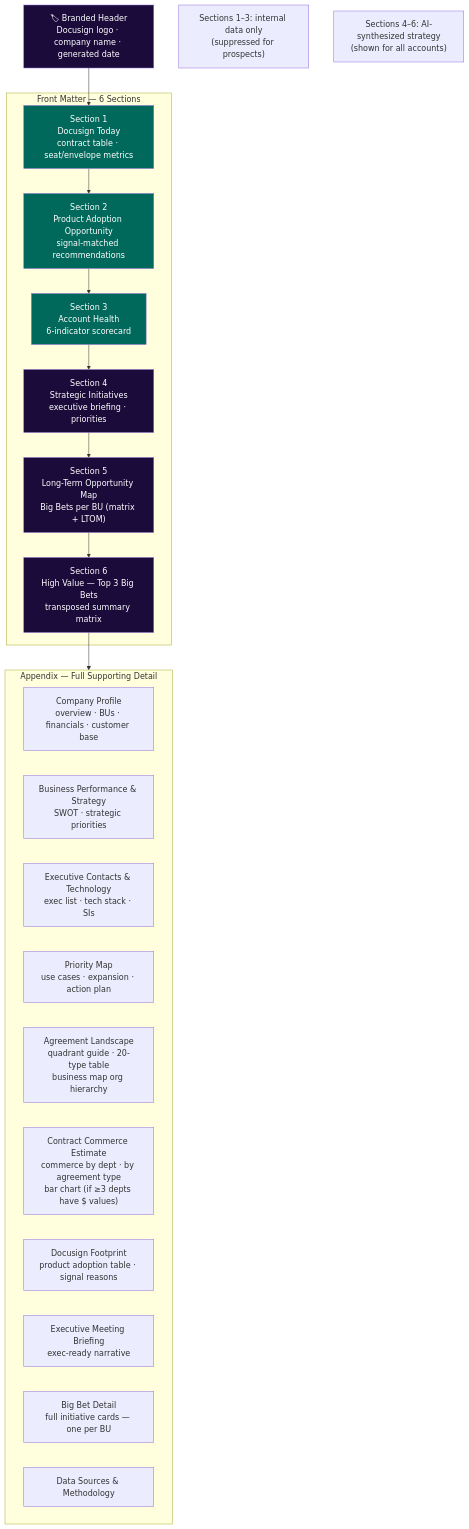
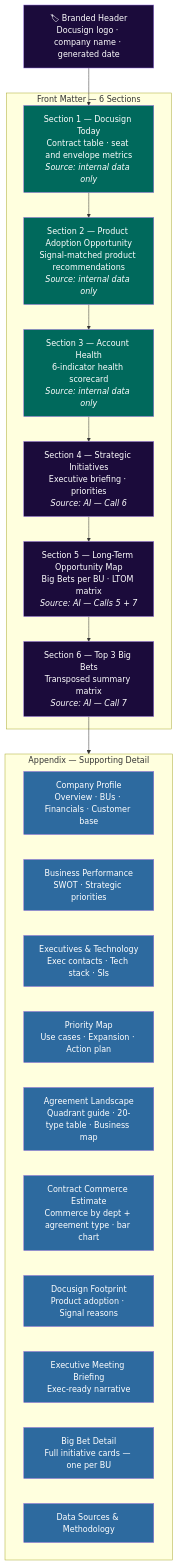
The fourth of 6 diagrams in README.md (prsolans/growth-strategy-2026), drawn with Mermaid before and after one commit. The commit also changed other lines of this file, not shown here.

Commit message:
Add README with system architecture and pipeline Mermaid diagrams

````diff
--- a/README.md
+++ b/README.md
@@ -127,41 +126,46 @@
 ```mermaid
 flowchart TD
     HDR["🏷 Branded Header<br/>Docusign logo · company name · generated date"]
 
     subgraph FRONT["Front Matter — 6 Sections"]
-        S1["Section 1<br/>Docusign Today<br/>contract table · seat/envelope metrics"]
-        S2["Section 2<br/>Product Adoption Opportunity<br/>signal-matched recommendations"]
-        S3["Section 3<br/>Account Health<br/>6-indicator scorecard"]
-        S4["Section 4<br/>Strategic Initiatives<br/>executive briefing · priorities"]
-        S5["Section 5<br/>Long-Term Opportunity Map<br/>Big Bets per BU (matrix + LTOM)"]
-        S6["Section 6<br/>High Value — Top 3 Big Bets<br/>transposed summary matrix"]
+        S1["Section 1 — Docusign Today<br/>Contract table · seat and envelope metrics<br/><i>Source: internal data only</i>"]
+        S2["Section 2 — Product Adoption Opportunity<br/>Signal-matched product recommendations<br/><i>Source: internal data only</i>"]
+        S3["Section 3 — Account Health<br/>6-indicator health scorecard<br/><i>Source: internal data only</i>"]
+        S4["Section 4 — Strategic Initiatives<br/>Executive briefing · priorities<br/><i>Source: AI — Call 6</i>"]
+        S5["Section 5 — Long-Term Opportunity Map<br/>Big Bets per BU · LTOM matrix<br/><i>Source: AI — Calls 5 + 7</i>"]
+        S6["Section 6 — Top 3 Big Bets<br/>Transposed summary matrix<br/><i>Source: AI — Call 7</i>"]
     end
 
-    subgraph APP["Appendix — Full Supporting Detail"]
-        A1["Company Profile<br/>overview · BUs · financials · customer base"]
-        A2["Business Performance & Strategy<br/>SWOT · strategic priorities"]
-        A3["Executive Contacts & Technology<br/>exec list · tech stack · SIs"]
-        A4["Priority Map<br/>use cases · expansion · action plan"]
-        A5["Agreement Landscape<br/>quadrant guide · 20-type table<br/>business map org hierarchy"]
-        A6["Contract Commerce Estimate<br/>commerce by dept · by agreement type<br/>bar chart (if ≥3 depts have $ values)"]
-        A7["Docusign Footprint<br/>product adoption table · signal reasons"]
-        A8["Executive Meeting Briefing<br/>exec-ready narrative"]
-        A9["Big Bet Detail<br/>full initiative cards — one per BU"]
+    subgraph APP["Appendix — Supporting Detail"]
+        A1["Company Profile<br/>Overview · BUs · Financials · Customer base"]
+        A2["Business Performance<br/>SWOT · Strategic priorities"]
+        A3["Executives & Technology<br/>Exec contacts · Tech stack · SIs"]
+        A4["Priority Map<br/>Use cases · Expansion · Action plan"]
+        A5["Agreement Landscape<br/>Quadrant guide · 20-type table · Business map"]
+        A6["Contract Commerce Estimate<br/>Commerce by dept + agreement type · bar chart"]
+        A7["Docusign Footprint<br/>Product adoption · Signal reasons"]
+        A8["Executive Meeting Briefing<br/>Exec-ready narrative"]
+        A9["Big Bet Detail<br/>Full initiative cards — one per BU"]
         A10["Data Sources & Methodology"]
     end
 
-    HDR --> S1 --> S2 --> S3
-    S3 --> S4 --> S5 --> S6
-    S6 --> APP
+    HDR --> S1 --> S2 --> S3 --> S4 --> S5 --> S6 --> APP
 
-    note1["Sections 1–3: internal data only<br/>(suppressed for prospects)"]
-    note2["Sections 4–6: AI-synthesized strategy<br/>(shown for all accounts)"]
-
-    style HDR fill:#1B0B3B,color:#fff
-    style S1 fill:#00695C,color:#fff
-    style S2 fill:#00695C,color:#fff
-    style S3 fill:#00695C,color:#fff
-    style S4 fill:#1B0B3B,color:#fff
-    style S5 fill:#1B0B3B,color:#fff
-    style S6 fill:#1B0B3B,color:#fff
+    style HDR fill:#1B0B3B,color:#ffffff
+    style S1 fill:#00695C,color:#ffffff
+    style S2 fill:#00695C,color:#ffffff
+    style S3 fill:#00695C,color:#ffffff
+    style S4 fill:#1B0B3B,color:#ffffff
+    style S5 fill:#1B0B3B,color:#ffffff
+    style S6 fill:#1B0B3B,color:#ffffff
+    style A1 fill:#2d6a9f,color:#ffffff
+    style A2 fill:#2d6a9f,color:#ffffff
+    style A3 fill:#2d6a9f,color:#ffffff
+    style A4 fill:#2d6a9f,color:#ffffff
+    style A5 fill:#2d6a9f,color:#ffffff
+    style A6 fill:#2d6a9f,color:#ffffff
+    style A7 fill:#2d6a9f,color:#ffffff
+    style A8 fill:#2d6a9f,color:#ffffff
+    style A9 fill:#2d6a9f,color:#ffffff
+    style A10 fill:#2d6a9f,color:#ffffff
 ```
````
